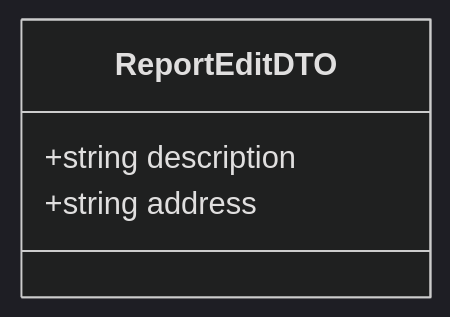
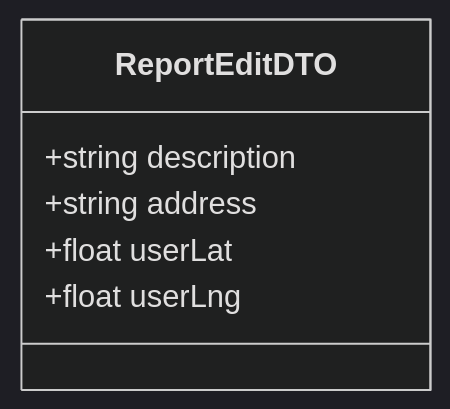
The first of 2 diagrams in docs/use_cases/edit_report_use_case.md (zhangs-tech/jalan-aman), drawn with Mermaid (dark theme) before and after one commit. The commit also changed other lines of this file, not shown here.

First line of the commit message:
docs(edit-report): add userLat/userLng fields for proximity check

````diff
--- a/docs/use_cases/edit_report_use_case.md
+++ b/docs/use_cases/edit_report_use_case.md
@@ -28,7 +30,9 @@
 ```mermaid
 classDiagram
     class ReportEditDTO {
         +string description
         +string address
+        +float userLat
+        +float userLng
     }
 ```
````
